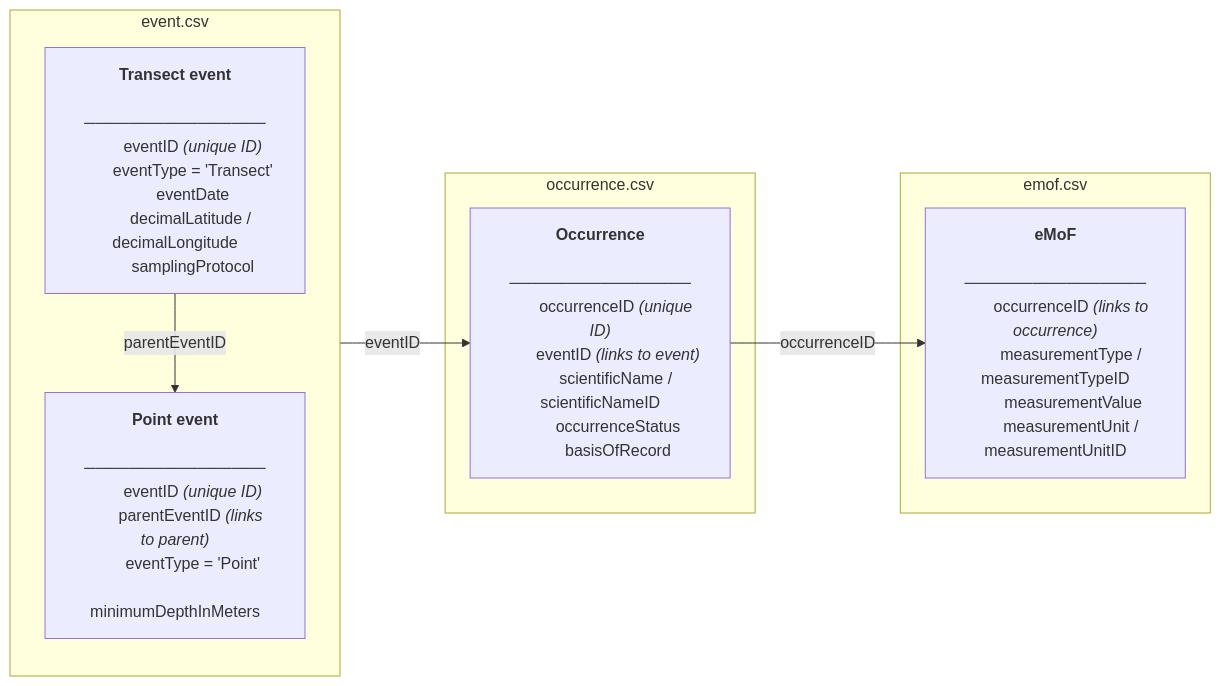
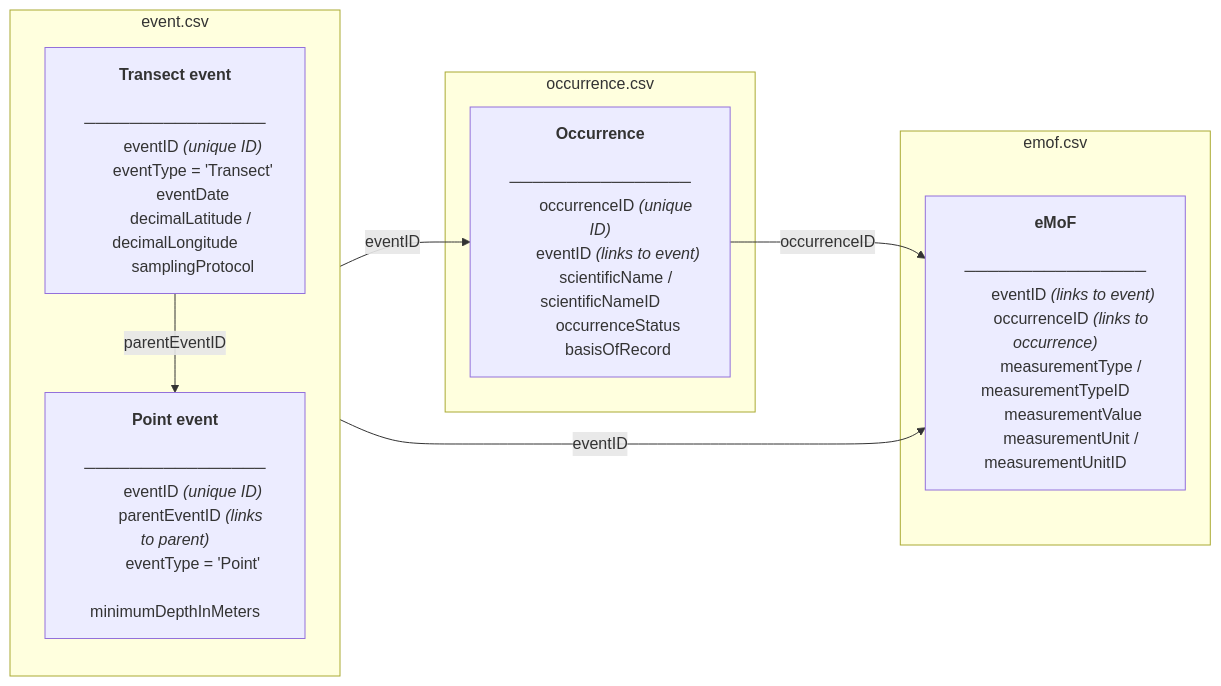
The diagram in README.md (fawda123/obis-example), drawn with Mermaid before and after one commit. The commit also changed 4 other files, not shown here.

Commit message:
add eventID to emof.csv

````diff
--- a/README.md
+++ b/README.md
@@ -90,44 +90,46 @@
 ```mermaid
 flowchart LR
     subgraph event.csv
         direction TB
         PE["<b>Transect event</b>
         ────────────────
         eventID <i>(unique ID)</i>
         eventType = 'Transect'
         eventDate
         decimalLatitude / decimalLongitude
         samplingProtocol"]
 
         CE["<b>Point event</b>
         ────────────────
         eventID <i>(unique ID)</i>
         parentEventID <i>(links to parent)</i>
         eventType = 'Point'
         minimumDepthInMeters"]
 
         PE -->|parentEventID| CE
     end
 
     subgraph occurrence.csv
         OCC["<b>Occurrence</b>
         ────────────────
         occurrenceID <i>(unique ID)</i>
         eventID <i>(links to event)</i>
         scientificName / scientificNameID
         occurrenceStatus
         basisOfRecord"]
     end
 
     subgraph emof.csv
         EMOF["<b>eMoF</b>
         ────────────────
+        eventID <i>(links to event)</i>
         occurrenceID <i>(links to occurrence)</i>
         measurementType / measurementTypeID
         measurementValue
         measurementUnit / measurementUnitID"]
     end
 
     CE -->|eventID| OCC
+    CE -->|eventID| EMOF
     OCC -->|occurrenceID| EMOF
 ```
````
